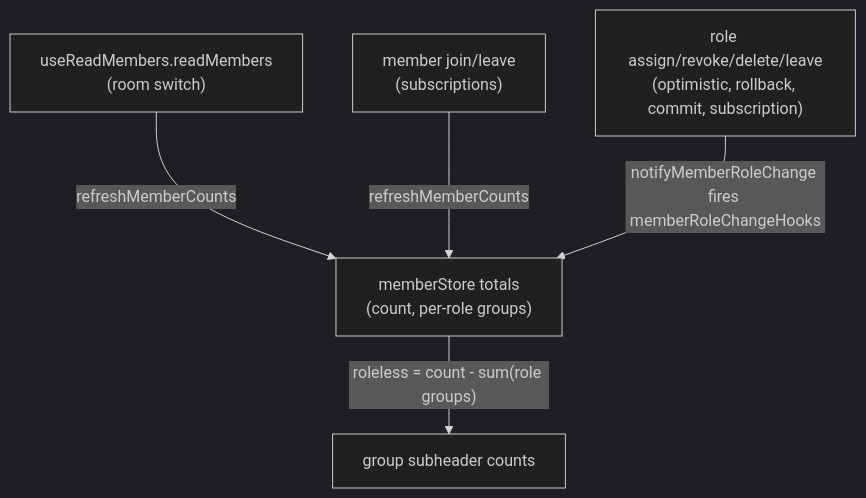
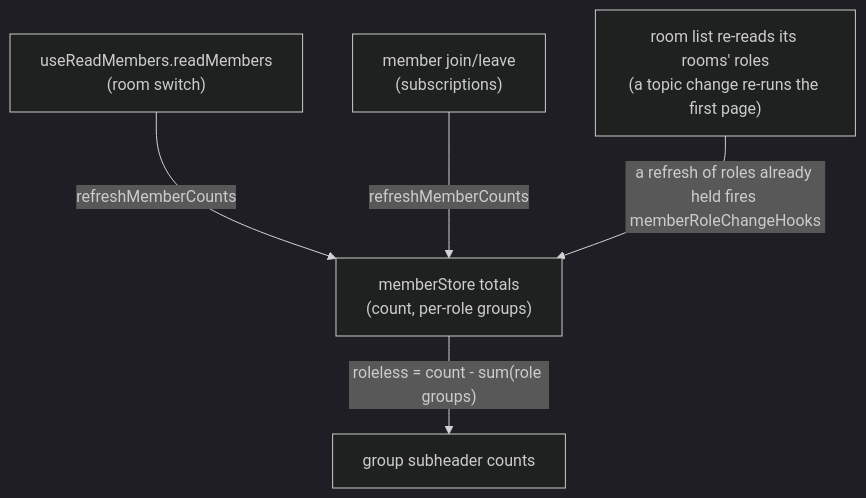
Before and after one commit to Esposter/Esposter: the first of 2 diagrams in openspec/specs/esbabbler/room-ui/design.md, drawn with Mermaid (dark theme). The commit also changed other lines of this file and 22 other files, not shown here.

````diff
--- a/openspec/specs/esbabbler/room-ui/design.md
+++ b/openspec/specs/esbabbler/room-ui/design.md
@@ -13,7 +13,7 @@
 ```mermaid
 flowchart TD
   readMembers["useReadMembers.readMembers<br/>(room switch)"] -- "refreshMemberCounts" --> counts["memberStore totals<br/>(count, per-role groups)"]
   joinLeave["member join/leave<br/>(subscriptions)"] -- "refreshMemberCounts" --> counts
-  roleMutation["role assign/revoke/delete/leave<br/>(optimistic, rollback, commit, subscription)"] -- "notifyMemberRoleChange fires memberRoleChangeHooks" --> counts
+  roleRefresh["room list re-reads its rooms' roles<br/>(a topic change re-runs the first page)"] -- "a refresh of roles already held fires memberRoleChangeHooks" --> counts
   counts -- "roleless = count - sum(role groups)" --> headers["group subheader counts"]
 ```
````
